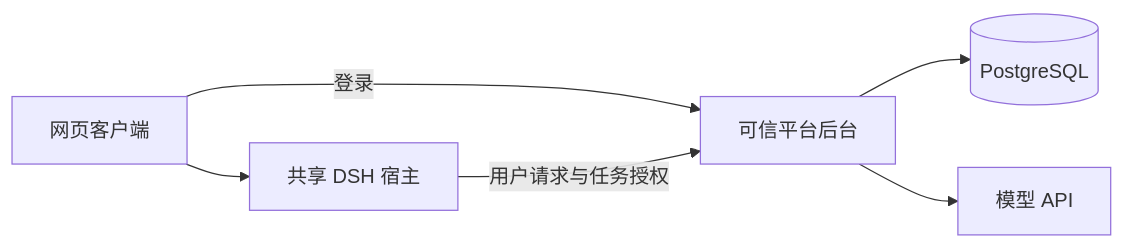
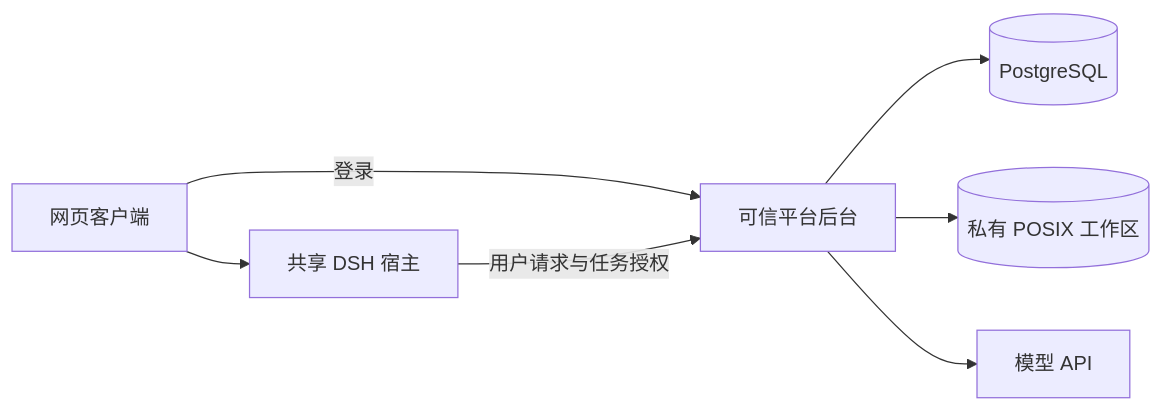
Before and after one commit to naturalnum/deepseek-harness: the diagram in products/power-evolve/README.md, drawn with Mermaid. The commit also changed other lines of this file and 29 other files, not shown here.

````diff
--- a/products/power-evolve/README.md
+++ b/products/power-evolve/README.md
@@ -7,8 +7,9 @@
 ```mermaid
 flowchart LR
   C[网页客户端] --> H[共享 DSH 宿主]
   C -->|登录| P[可信平台后台]
   H -->|用户请求与任务授权| P
   P --> DB[(PostgreSQL)]
+  P --> FS[(私有 POSIX 工作区)]
   P --> M[模型 API]
 ```
````
